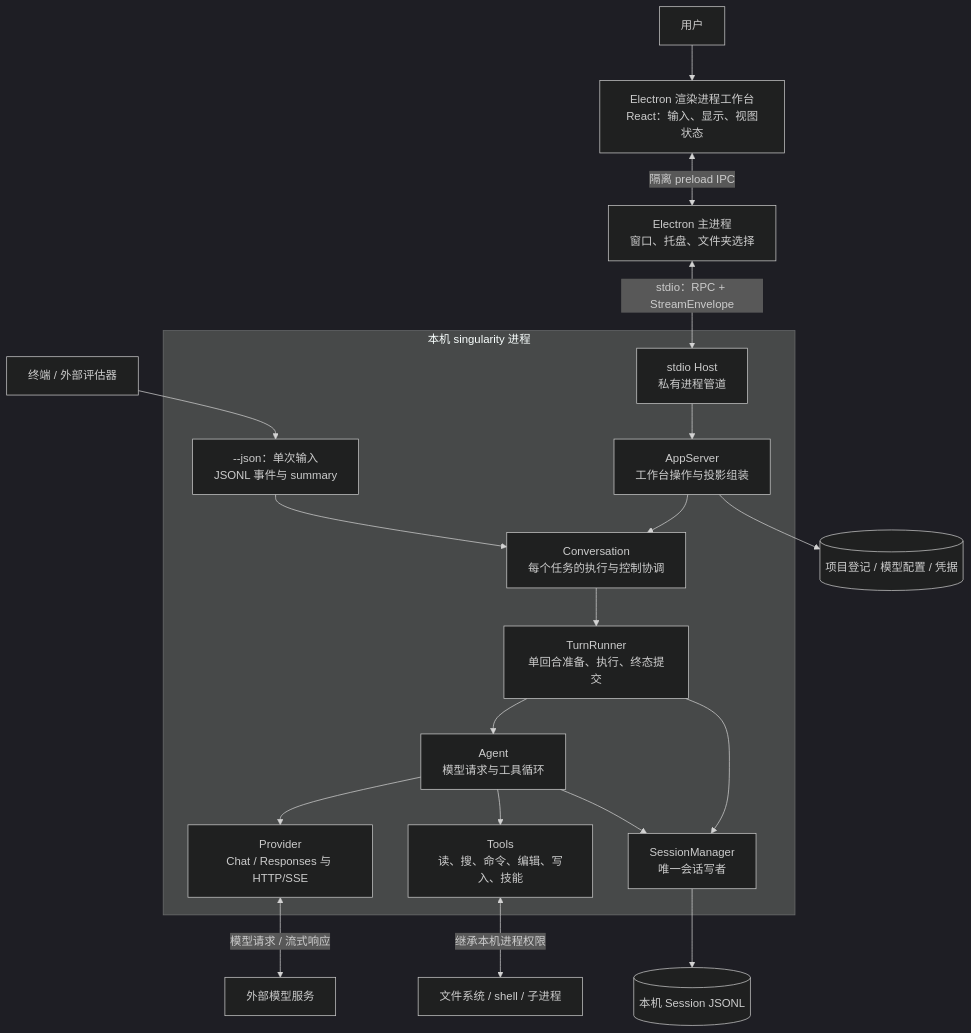
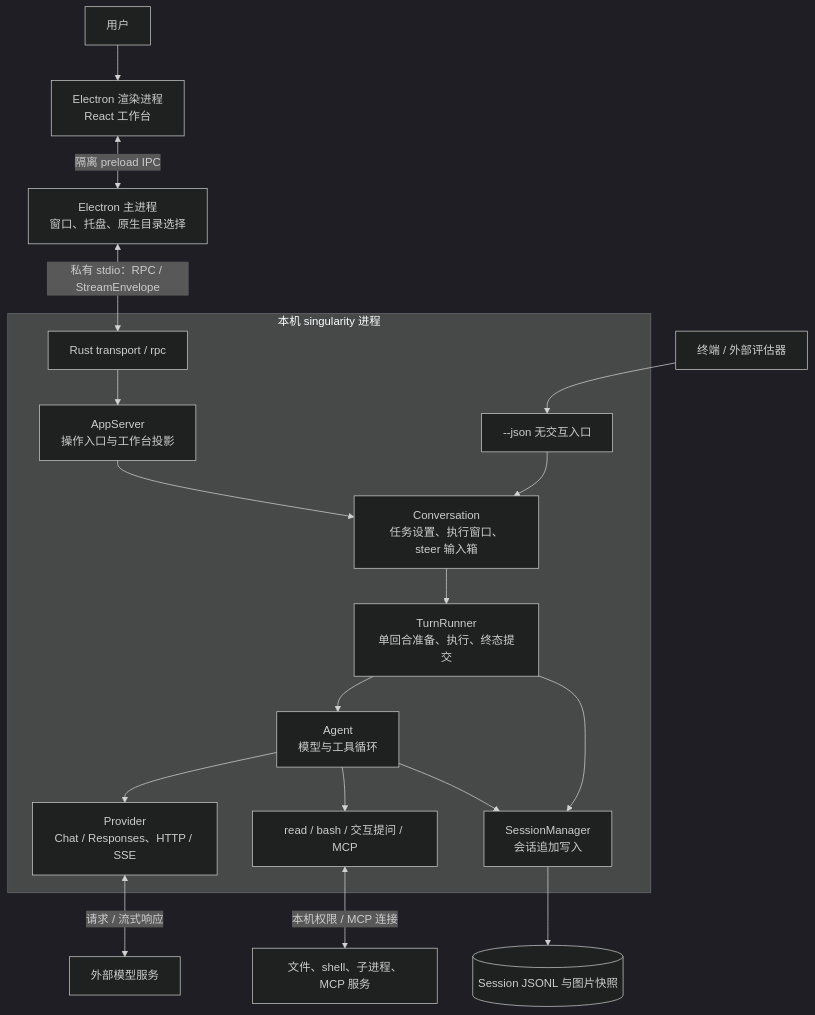
One commit to qjcnmd/singularity-agent changed the first of 14 diagrams in docs/architecture.md. Above: the diagram before and after it, drawn with Mermaid (dark theme). The commit also changed other lines of this file and 9 other files, not shown here.

````diff
--- a/docs/architecture.md
+++ b/docs/architecture.md
@@ -24,22 +19,21 @@
 ```mermaid
 flowchart TB
-    User["用户"] --> Browser["Electron 渲染进程工作台<br/>React：输入、显示、视图状态"]
-    Evaluator["终端 / 外部评估器"] --> Json["--json：单次输入<br/>JSONL 事件与 summary"]
-    subgraph Process["本机 singularity 进程"]
-        Host["stdio Host<br/>私有进程管道"] --> WB["AppServer<br/>工作台操作与投影组装"]
-        WB --> Conversation["Conversation<br/>每个任务的执行与控制协调"]
-        Json --> Conversation
-        Conversation --> Runner["TurnRunner<br/>单回合准备、执行、终态提交"]
-        Runner --> Agent["Agent<br/>模型请求与工具循环"]
-        Agent --> Provider["Provider<br/>Chat / Responses 与 HTTP/SSE"]
-        Agent --> Tools["Tools<br/>读、搜、命令、编辑、写入、技能"]
-        Runner --> Session["SessionManager<br/>唯一会话写者"]
+    User["用户"] --> View["Electron 渲染进程<br/>React 工作台"]
+    View <-->|"隔离 preload IPC"| Main["Electron 主进程<br/>窗口、托盘、原生目录选择"]
+    Main <-->|"私有 stdio：RPC / StreamEnvelope"| Host["Rust transport / rpc"]
+    subgraph Rust["本机 singularity 进程"]
+        Host --> App["AppServer<br/>操作入口与工作台投影"]
+        App --> Conv["Conversation<br/>任务设置、执行窗口、steer 输入箱"]
+        JSON["--json 无交互入口"] --> Conv
+        Conv --> Runner["TurnRunner<br/>单回合准备、执行、终态提交"]
+        Runner --> Agent["Agent<br/>模型与工具循环"]
+        Agent --> Provider["Provider<br/>Chat / Responses、HTTP / SSE"]
+        Agent --> Tools["read / bash / 交互提问 / MCP"]
+        Runner --> Session["SessionManager<br/>会话追加写入"]
         Agent --> Session
     end
-    Browser <-->|"隔离 preload IPC"| Electron["Electron 主进程<br/>窗口、托盘、文件夹选择"]
-    Electron <-->|"stdio：RPC + StreamEnvelope"| Host
-    Provider <-->|"模型请求 / 流式响应"| API["外部模型服务"]
-    Tools <-->|"继承本机进程权限"| Machine["文件系统 / shell / 子进程"]
-    Session --> Ledger[("本机 Session JSONL")]
-    WB --> Config[("项目登记 / 模型配置 / 凭据")]
+    Terminal["终端 / 外部评估器"] --> JSON
+    Provider <-->|"请求 / 流式响应"| API["外部模型服务"]
+    Tools <-->|"本机权限 / MCP 连接"| Resources["文件、shell、子进程、MCP 服务"]
+    Session --> Ledger[("Session JSONL 与图片快照")]
 ```
````
